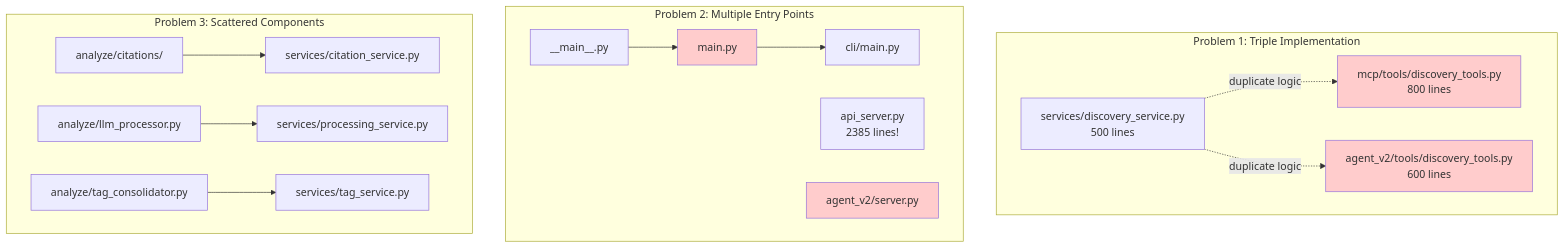
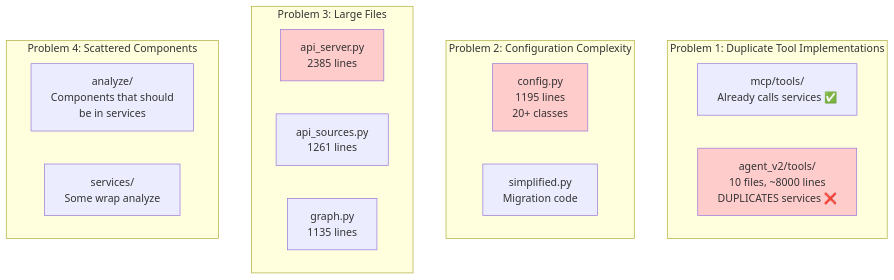
One commit to acertainKnight/project-thoth changed the diagram in planning/code_review_report.md. Above: the diagram before and after it, drawn with Mermaid. The commit also changed other lines of this file, not shown here.

Commit message:
Refactor code review report with simplified MCP-driven architecture plan

````diff
--- a/planning/code_review_report.md
+++ b/planning/code_review_report.md
@@ -29,33 +34,27 @@
 ```mermaid
 graph TB
-    subgraph "Problem 1: Triple Implementation"
-        S1[services/discovery_service.py<br/>500 lines]
-        M1[mcp/tools/discovery_tools.py<br/>800 lines]
-        A1[agent_v2/tools/discovery_tools.py<br/>600 lines]
-        S1 -.duplicate logic.-> M1
-        S1 -.duplicate logic.-> A1
+    subgraph "Problem 1: Duplicate Tool Implementations"
+        MCP[mcp/tools/<br/>Already calls services ✅]
+        Agent[agent_v2/tools/<br/>10 files, ~8000 lines<br/>DUPLICATES services ❌]
     end
 
-    subgraph "Problem 2: Multiple Entry Points"
-        E1[__main__.py] --> E2[main.py] --> E3[cli/main.py]
-        E4[api_server.py<br/>2385 lines!]
-        E5[agent_v2/server.py]
+    subgraph "Problem 2: Configuration Complexity"
+        C1[config.py<br/>1195 lines<br/>20+ classes]
+        C2[simplified.py<br/>Migration code]
     end
 
-    subgraph "Problem 3: Scattered Components"
-        AC1[analyze/citations/]
-        AC2[analyze/llm_processor.py]
-        AC3[analyze/tag_consolidator.py]
-        SV1[services/citation_service.py]
-        SV2[services/processing_service.py]
-        SV3[services/tag_service.py]
-        AC1 --> SV1
-        AC2 --> SV2
-        AC3 --> SV3
+    subgraph "Problem 3: Large Files"
+        F1[api_server.py<br/>2385 lines]
+        F2[api_sources.py<br/>1261 lines]
+        F3[graph.py<br/>1135 lines]
     end
 
-    style M1 fill:#ffcccc
-    style A1 fill:#ffcccc
-    style E2 fill:#ffcccc
-    style E5 fill:#ffcccc
+    subgraph "Problem 4: Scattered Components"
+        AC[analyze/<br/>Components that should<br/>be in services]
+        SV[services/<br/>Some wrap analyze]
+    end
+
+    style Agent fill:#ffcccc
+    style C1 fill:#ffcccc
+    style F1 fill:#ffcccc
 ```
````
